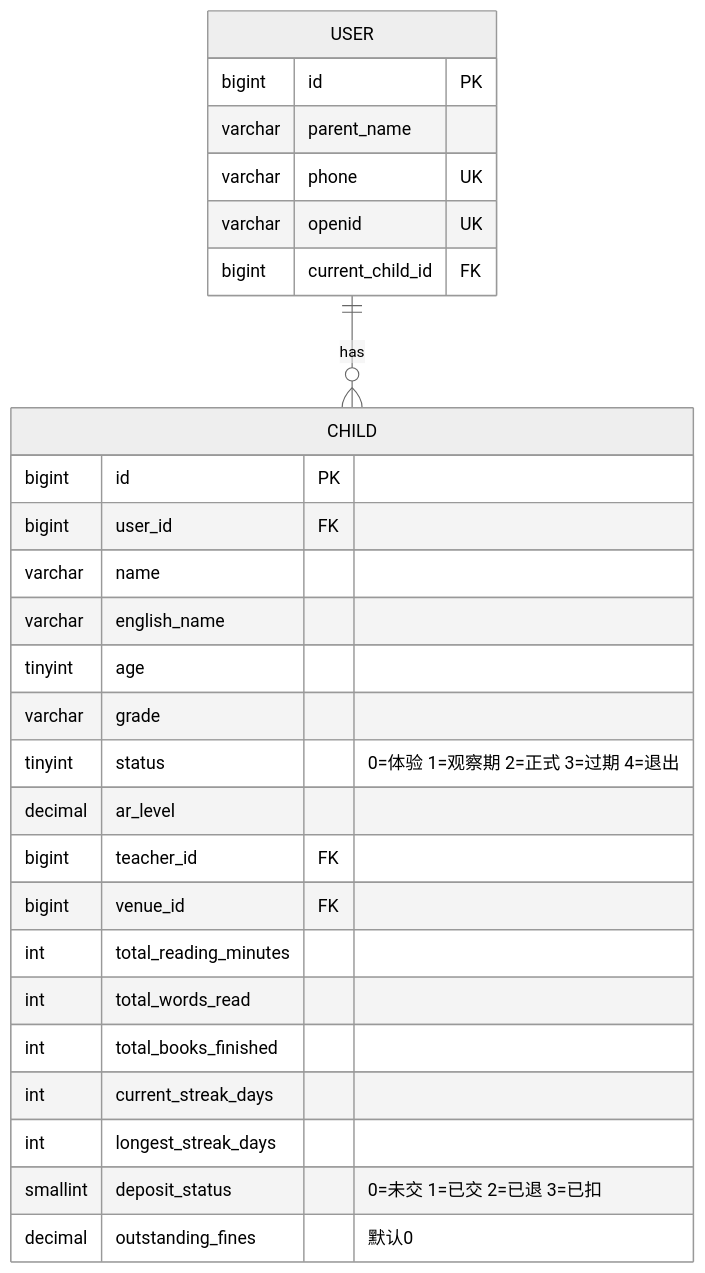
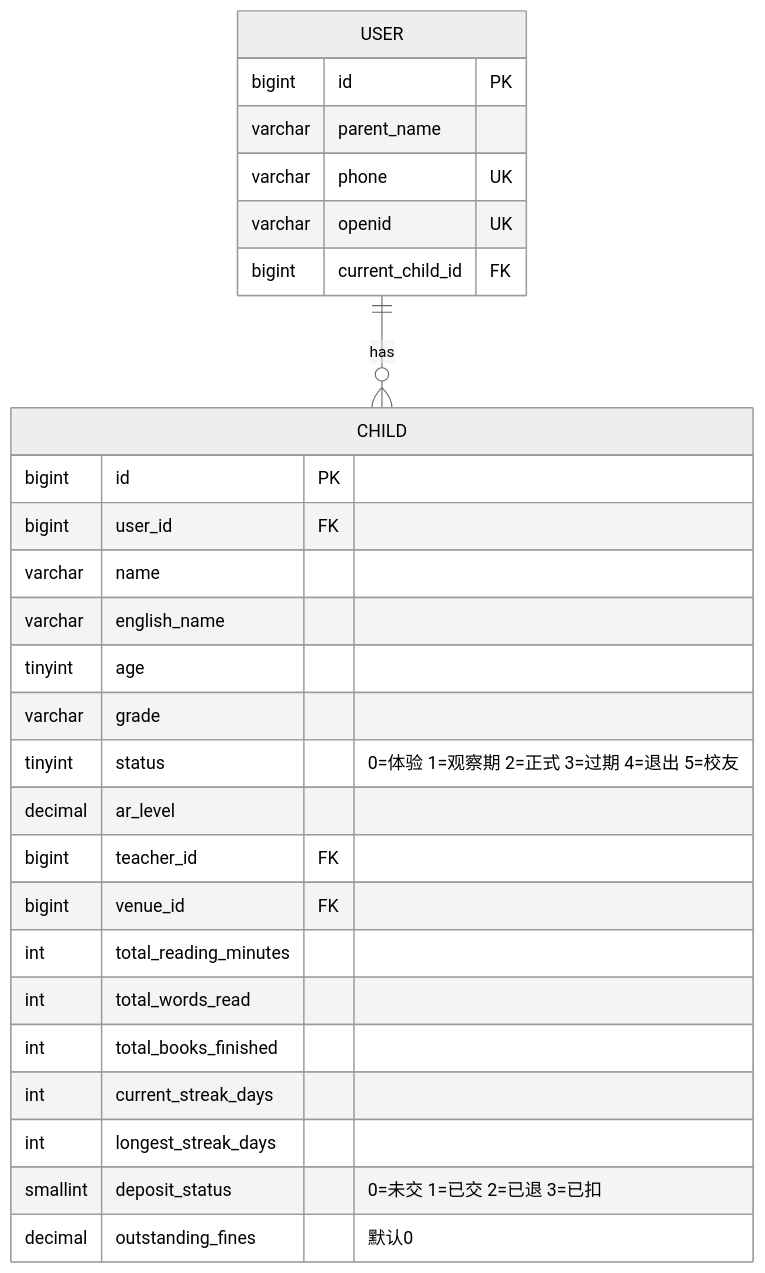
One commit to leechunwoo0815/librio changed the tenth of 28 diagrams in PRD/UML-ER.md. Above: the diagram before and after it, drawn with Mermaid (neutral theme). The commit also changed other lines of this file and 11 other files, not shown here.

First line of the commit message:
docs: 决策批次14 — 全文档对齐（PRD V3.22/表结构 V3.16/配置清单 59 项/UML-ER/ARCHITECTURE/状态流转/终版报告）

````diff
--- a/PRD/UML-ER.md
+++ b/PRD/UML-ER.md
@@ -154,32 +160,32 @@
 ```mermaid
 erDiagram
     USER {
         bigint id PK
         varchar parent_name
         varchar phone UK
         varchar openid UK
         bigint current_child_id FK
     }
 
     CHILD {
         bigint id PK
         bigint user_id FK
         varchar name
         varchar english_name
         tinyint age
         varchar grade
-        tinyint status "0=体验 1=观察期 2=正式 3=过期 4=退出"
+        tinyint status "0=体验 1=观察期 2=正式 3=过期 4=退出 5=校友"
         decimal ar_level
         bigint teacher_id FK
         bigint venue_id FK
         int total_reading_minutes
         int total_words_read
         int total_books_finished
         int current_streak_days
         int longest_streak_days
         smallint deposit_status "0=未交 1=已交 2=已退 3=已扣"
         decimal outstanding_fines "默认0"
     }
 
     USER ||--o{ CHILD : "has"
 ```
````
